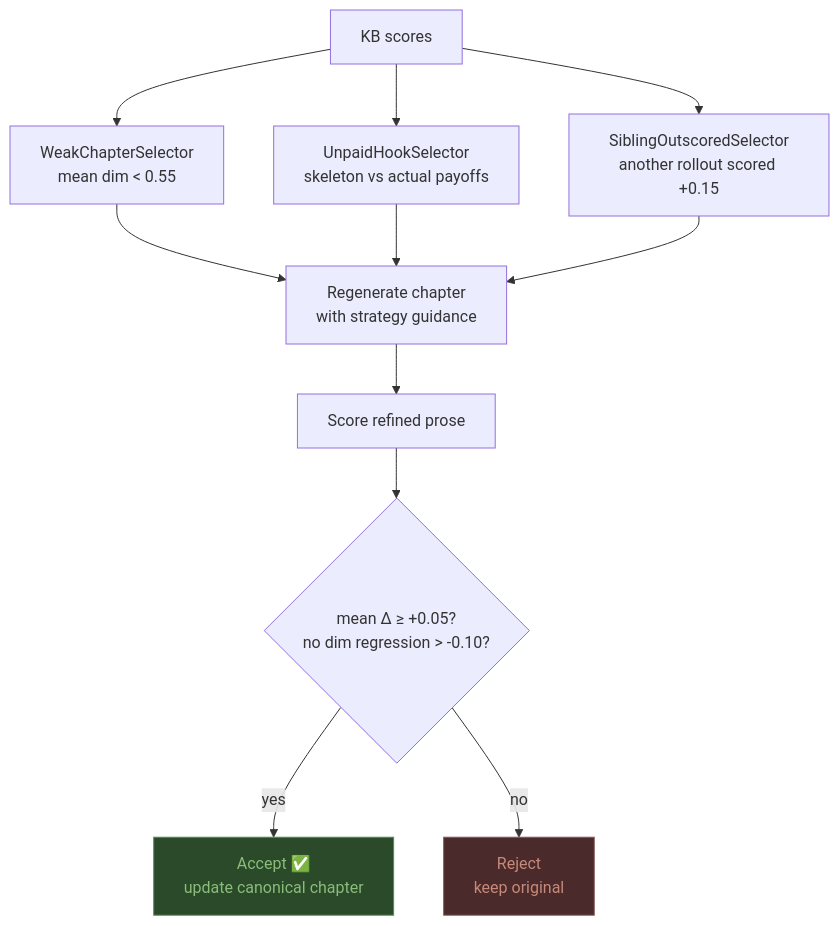
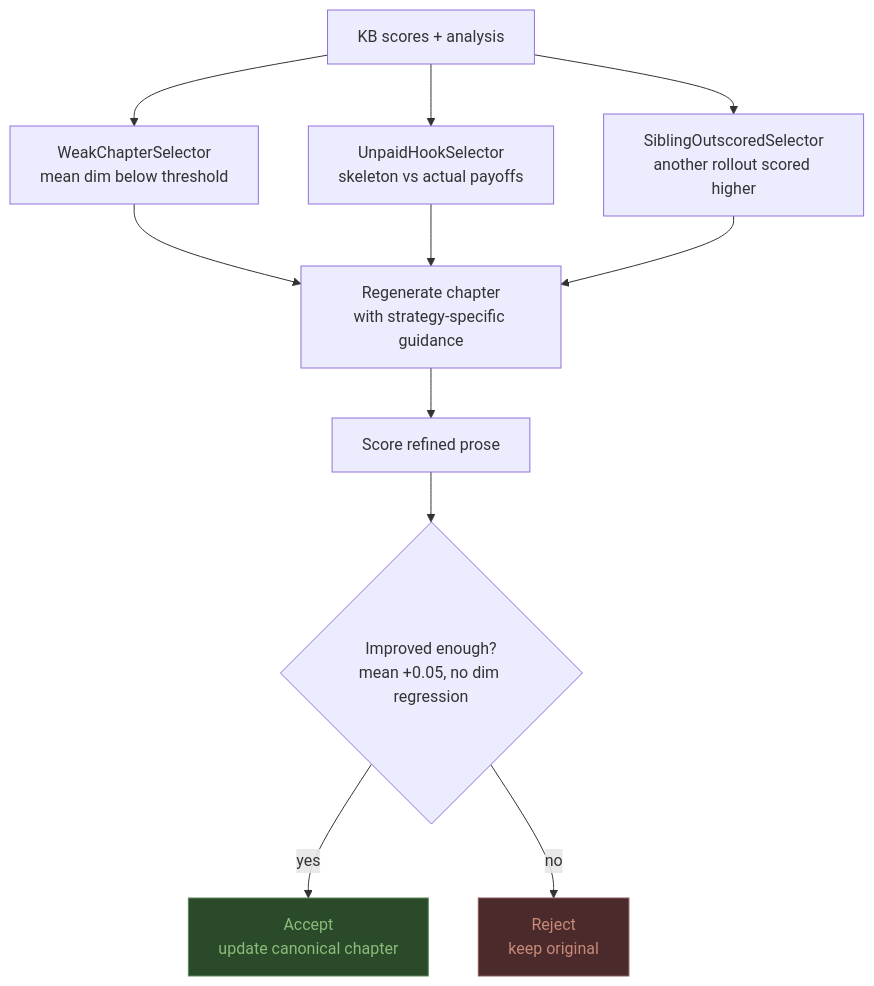
Before and after one commit to RPP1011/quest_game: the fifth of 7 diagrams in docs/technical-report-2026-04-15-16.md, drawn with Mermaid. The commit also changed other lines of this file, not shown here.

First line of the commit message:
docs: rewrite technical report — strip debugging, focus on architecture

```diff
--- a/docs/technical-report-2026-04-15-16.md
+++ b/docs/technical-report-2026-04-15-16.md
@@ -277,21 +203,21 @@
 <pre class="mermaid" markdown="0">
 flowchart TB
-    KB["KB scores"]
-    
-    KB --> S1["WeakChapterSelector<br/>mean dim < 0.55"]
+    KB["KB scores + analysis"]
+
+    KB --> S1["WeakChapterSelector<br/>mean dim below threshold"]
     KB --> S2["UnpaidHookSelector<br/>skeleton vs actual payoffs"]
-    KB --> S3["SiblingOutscoredSelector<br/>another rollout scored +0.15"]
-    
-    S1 --> REGEN["Regenerate chapter<br/>with strategy guidance"]
+    KB --> S3["SiblingOutscoredSelector<br/>another rollout scored higher"]
+
+    S1 --> REGEN["Regenerate chapter<br/>with strategy-specific guidance"]
     S2 --> REGEN
     S3 --> REGEN
-    
+
     REGEN --> RESCORE["Score refined prose"]
-    
-    RESCORE --> DECIDE{"mean Δ ≥ +0.05?<br/>no dim regression > -0.10?"}
-    DECIDE -->|yes| ACCEPT["Accept ✅<br/>update canonical chapter"]
+
+    RESCORE --> DECIDE{"Improved enough?<br/>mean +0.05, no dim regression"}
+    DECIDE -->|yes| ACCEPT["Accept<br/>update canonical chapter"]
     DECIDE -->|no| REJECT["Reject<br/>keep original"]
-    
+
     style ACCEPT fill:#2a4a2a,stroke:#5a8a5a,color:#8abc7a
     style REJECT fill:#4a2a2a,stroke:#8a5a5a,color:#c78a7a
 </pre>
```
